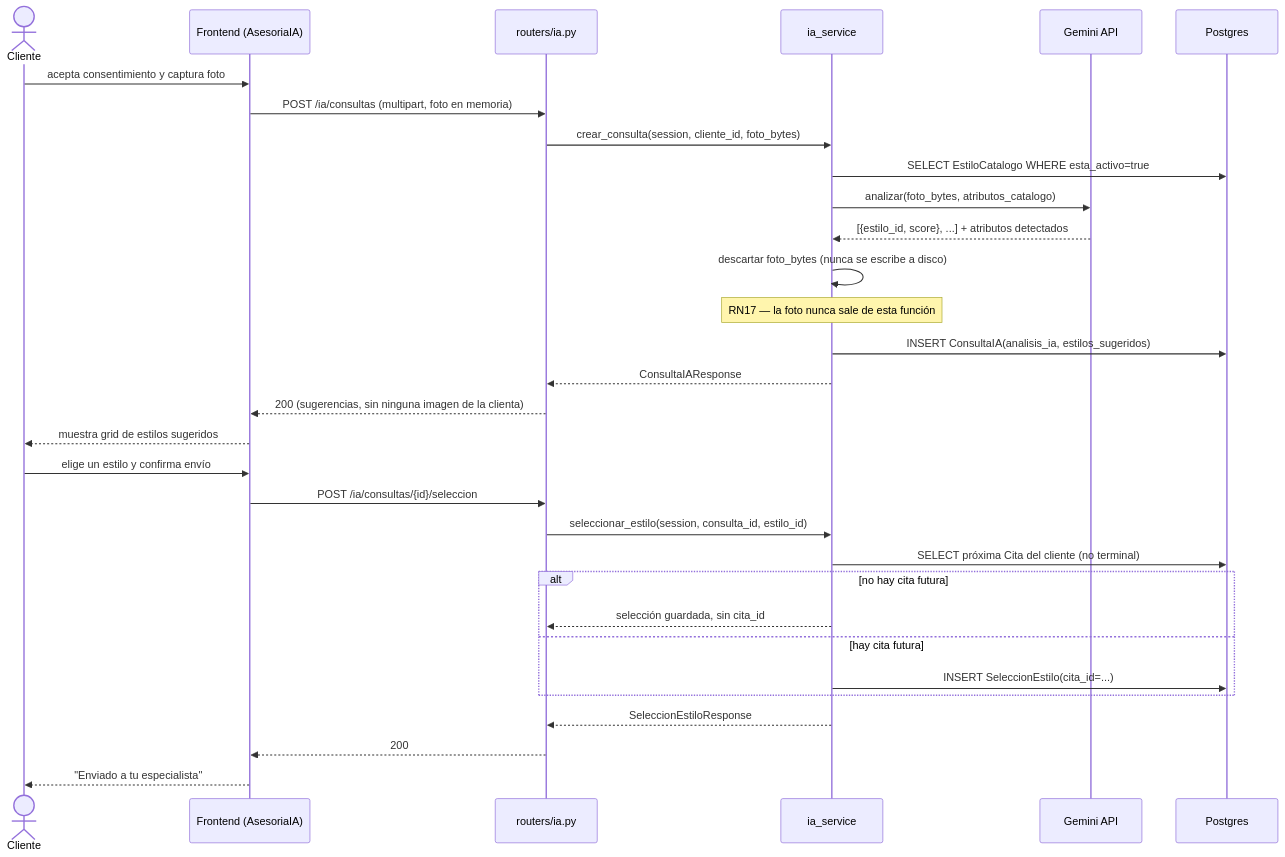
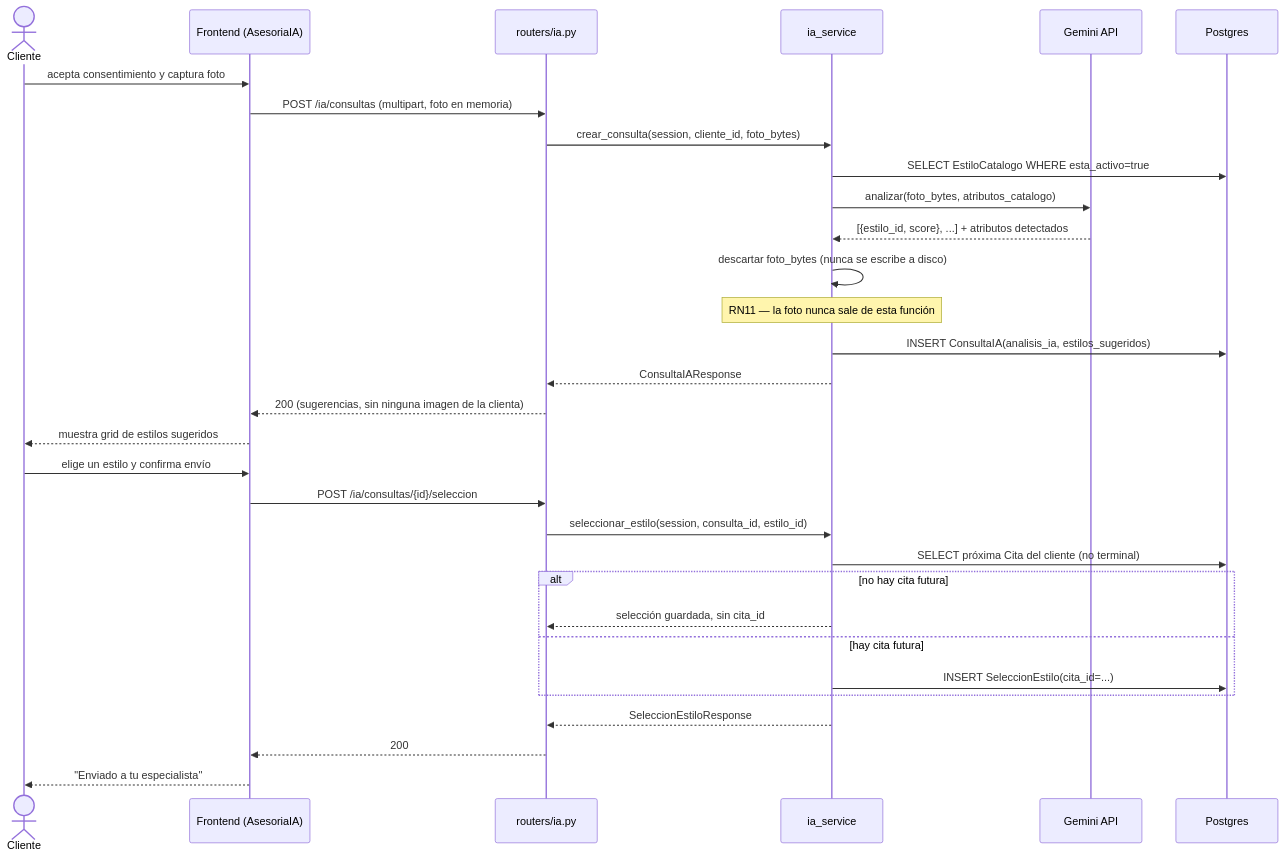
The fifth of 6 diagrams in docs/tesis/07_DIAGRAMAS_DE_SECUENCIA.md (Alezzandromv/welve), drawn with Mermaid before and after one commit. The commit also changed other lines of this file and 73 other files, not shown here.

````diff
--- a/docs/tesis/07_DIAGRAMAS_DE_SECUENCIA.md
+++ b/docs/tesis/07_DIAGRAMAS_DE_SECUENCIA.md
@@ -170,35 +170,35 @@
 ```mermaid
 sequenceDiagram
     actor C as Cliente
     participant FE as Frontend (AsesoriaIA)
     participant R as routers/ia.py
     participant S as ia_service
     participant G as Gemini API
     participant DB as Postgres
 
     C->>FE: acepta consentimiento y captura foto
     FE->>R: POST /ia/consultas (multipart, foto en memoria)
     R->>S: crear_consulta(session, cliente_id, foto_bytes)
     S->>DB: SELECT EstiloCatalogo WHERE esta_activo=true
     S->>G: analizar(foto_bytes, atributos_catalogo)
     G-->>S: [{estilo_id, score}, ...] + atributos detectados
     S->>S: descartar foto_bytes (nunca se escribe a disco)
-    Note over S: RN17 — la foto nunca sale de esta función
+    Note over S: RN11 — la foto nunca sale de esta función
     S->>DB: INSERT ConsultaIA(analisis_ia, estilos_sugeridos)
     S-->>R: ConsultaIAResponse
     R-->>FE: 200 (sugerencias, sin ninguna imagen de la clienta)
     FE-->>C: muestra grid de estilos sugeridos
 
     C->>FE: elige un estilo y confirma envío
     FE->>R: POST /ia/consultas/{id}/seleccion
     R->>S: seleccionar_estilo(session, consulta_id, estilo_id)
     S->>DB: SELECT próxima Cita del cliente (no terminal)
     alt no hay cita futura
         S-->>R: selección guardada, sin cita_id
     else hay cita futura
         S->>DB: INSERT SeleccionEstilo(cita_id=...)
     end
     S-->>R: SeleccionEstiloResponse
     R-->>FE: 200
     FE-->>C: "Enviado a tu especialista"
 ```
````
